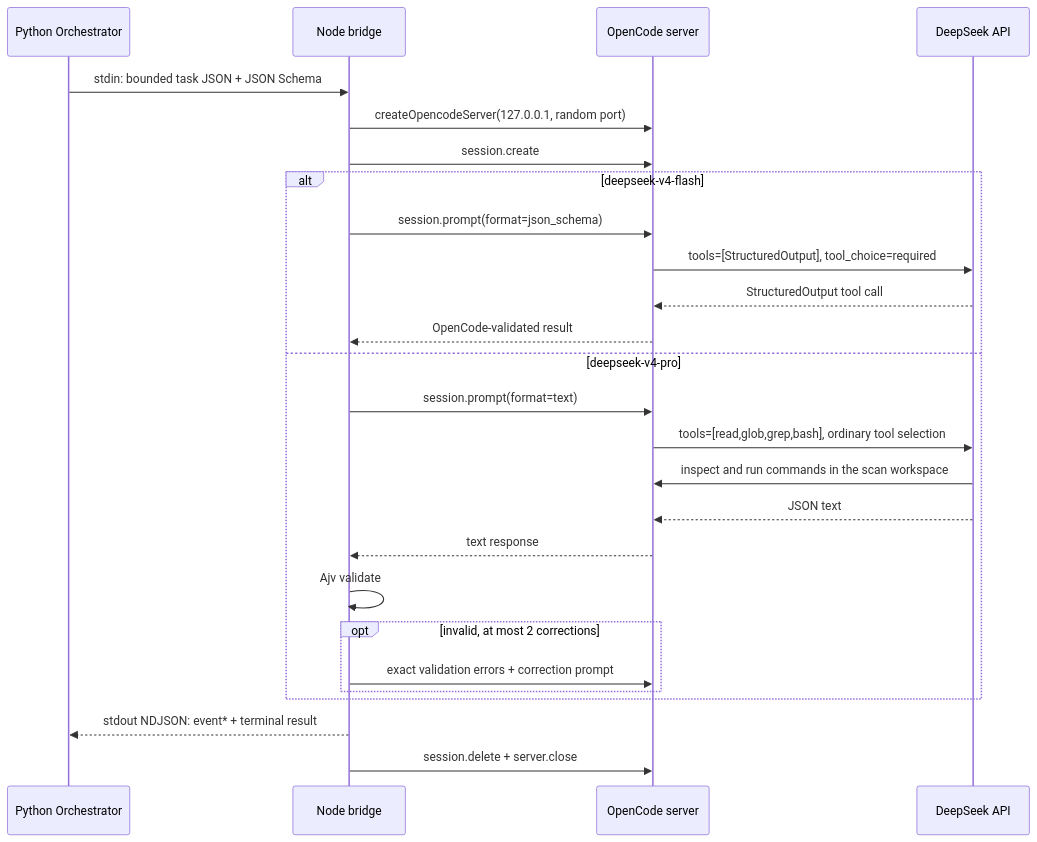
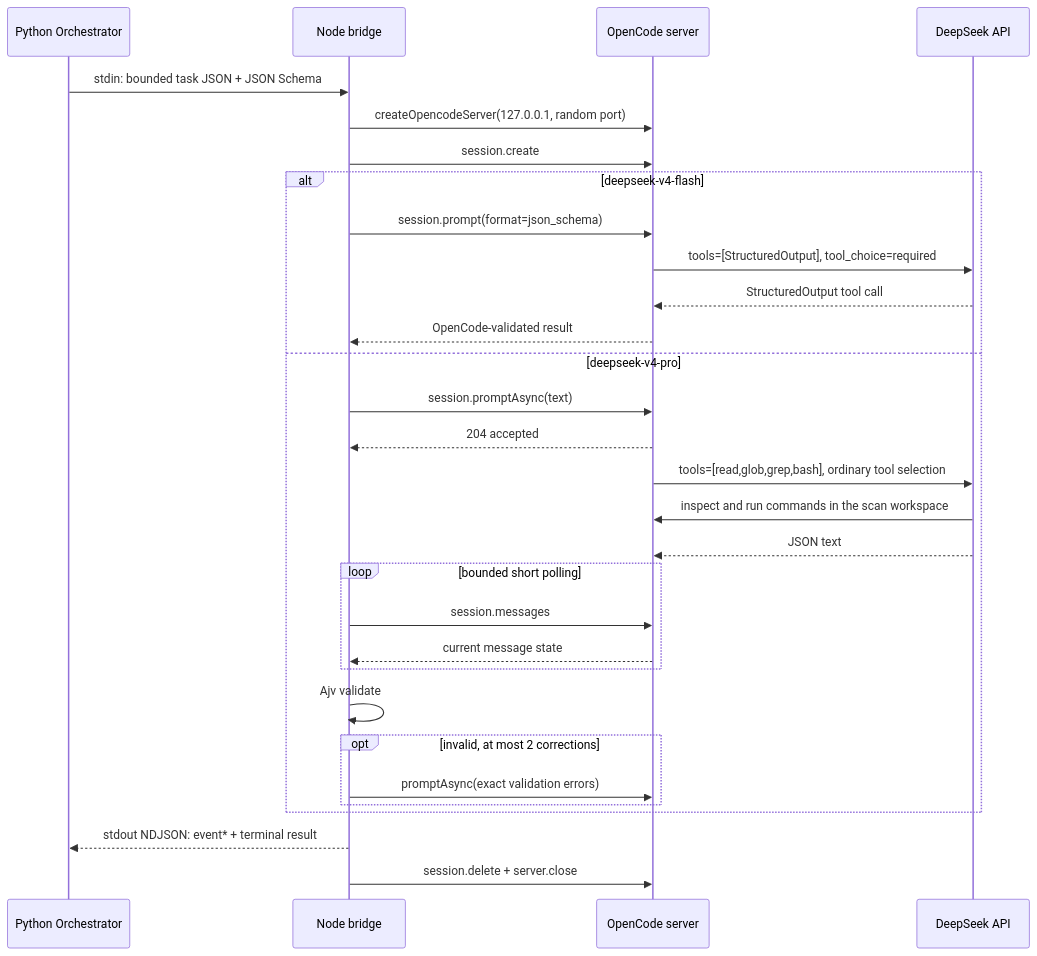
Before and after one commit to Nijika0529/ApkScanner: the diagram in docs/opencode-deepseek.zh-CN.md, drawn with Mermaid. The commit also changed other lines of this file and 6 other files, not shown here.

````diff
--- a/docs/opencode-deepseek.zh-CN.md
+++ b/docs/opencode-deepseek.zh-CN.md
@@ -52,29 +52,33 @@
 ```mermaid
 sequenceDiagram
     participant P as Python Orchestrator
     participant W as Node bridge
     participant O as OpenCode server
     participant D as DeepSeek API
 
     P->>W: stdin: bounded task JSON + JSON Schema
     W->>O: createOpencodeServer(127.0.0.1, random port)
     W->>O: session.create
     alt deepseek-v4-flash
         W->>O: session.prompt(format=json_schema)
         O->>D: tools=[StructuredOutput], tool_choice=required
         D-->>O: StructuredOutput tool call
         O-->>W: OpenCode-validated result
     else deepseek-v4-pro
-        W->>O: session.prompt(format=text)
+        W->>O: session.promptAsync(text)
+        O-->>W: 204 accepted
         O->>D: tools=[read,glob,grep,bash], ordinary tool selection
         D->>O: inspect and run commands in the scan workspace
         D-->>O: JSON text
-        O-->>W: text response
+        loop bounded short polling
+            W->>O: session.messages
+            O-->>W: current message state
+        end
         W->>W: Ajv validate
         opt invalid, at most 2 corrections
-            W->>O: exact validation errors + correction prompt
+            W->>O: promptAsync(exact validation errors)
         end
     end
     W-->>P: stdout NDJSON: event* + terminal result
     W->>O: session.delete + server.close
 ```
````
